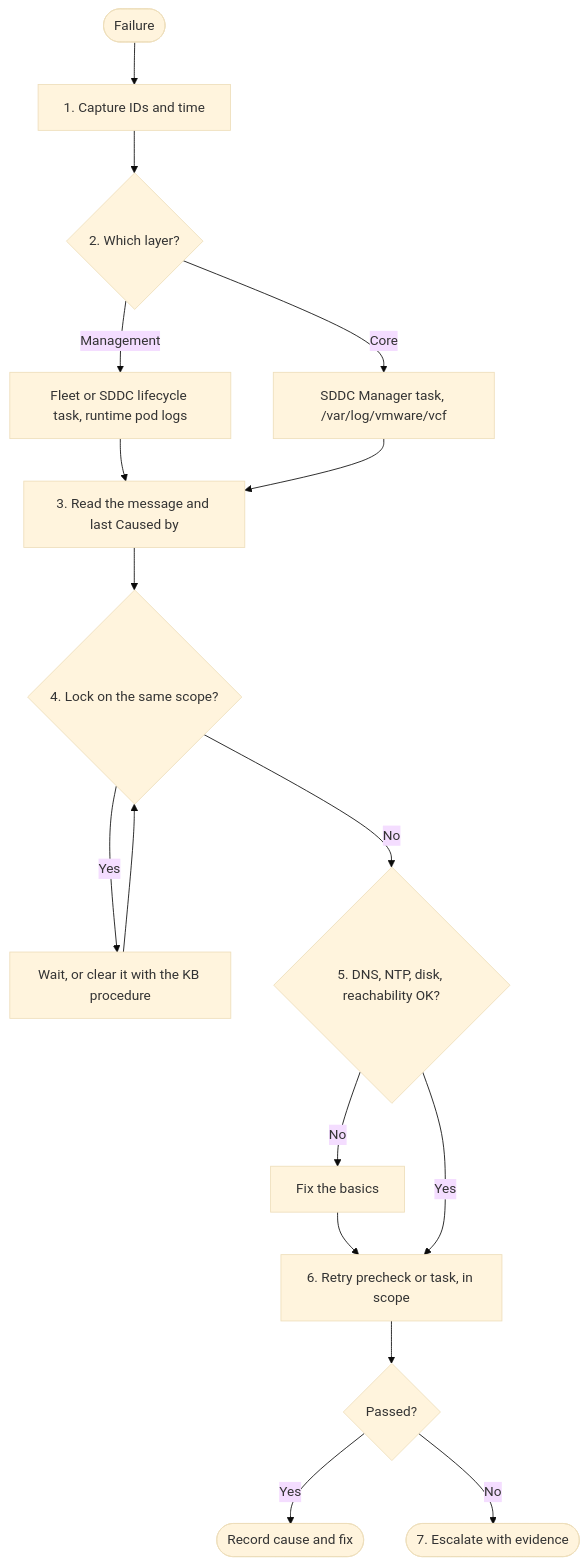
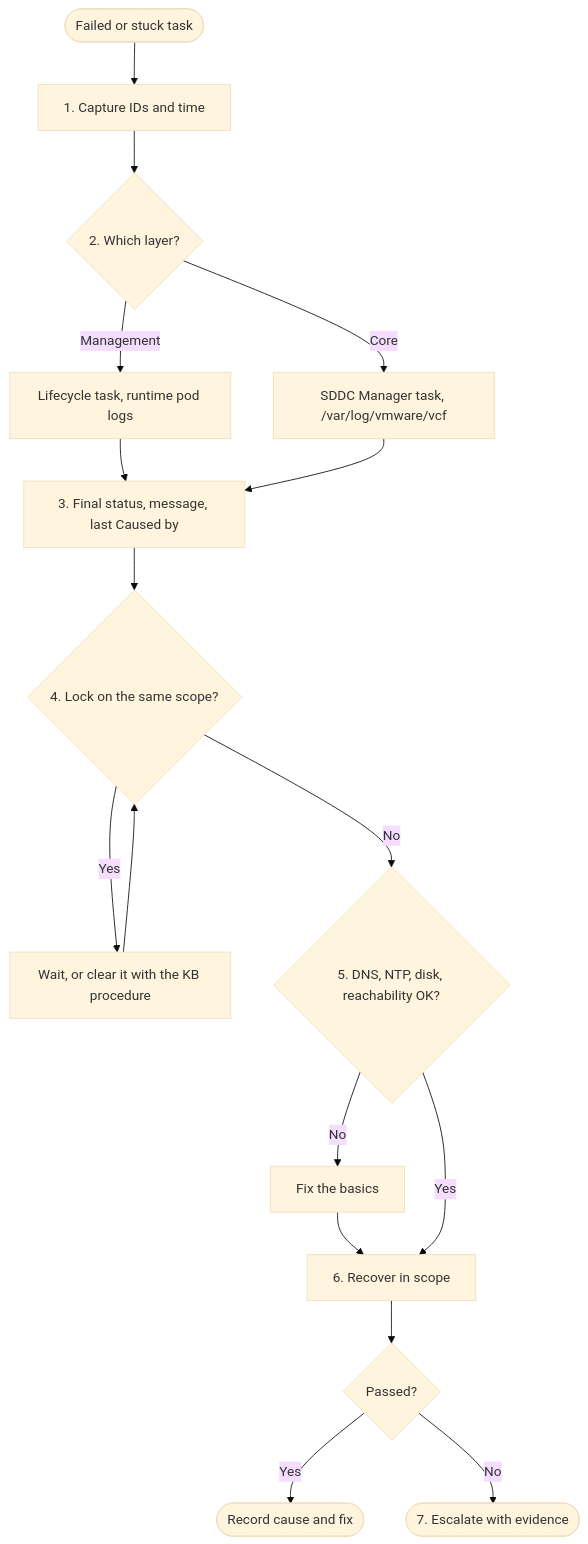
One commit to djoleradikod/djonko.dev changed the diagram in src/content/articles/troubleshooting/seven-step-triage.mdx. Above: the diagram before and after it, drawn with Mermaid (base theme). The commit also changed other lines of this file and 5 other files, not shown here.

````diff
--- a/src/content/articles/troubleshooting/seven-step-triage.mdx
+++ b/src/content/articles/troubleshooting/seven-step-triage.mdx
@@ -41,17 +113,17 @@
 ```mermaid
 flowchart TD
-  A([Failure]) --> B[1. Capture IDs and time]
+  A([Failed or stuck task]) --> B[1. Capture IDs and time]
   B --> C{2. Which layer?}
-  C -- Management --> D[Fleet or SDDC lifecycle task, runtime pod logs]
+  C -- Management --> D[Lifecycle task, runtime pod logs]
   C -- Core --> E[SDDC Manager task, /var/log/vmware/vcf]
-  D & E --> F[3. Read the message and last Caused by]
+  D & E --> F[3. Final status, message, last Caused by]
   F --> G{4. Lock on the same scope?}
   G -- Yes --> H[Wait, or clear it with the KB procedure]
   H --> G
   G -- No --> I{5. DNS, NTP, disk, reachability OK?}
   I -- No --> J[Fix the basics] --> K
-  I -- Yes --> K[6. Retry precheck or task, in scope]
+  I -- Yes --> K[6. Recover in scope]
   K --> L{Passed?}
   L -- Yes --> M([Record cause and fix])
   L -- No --> N([7. Escalate with evidence])
 ```
````
